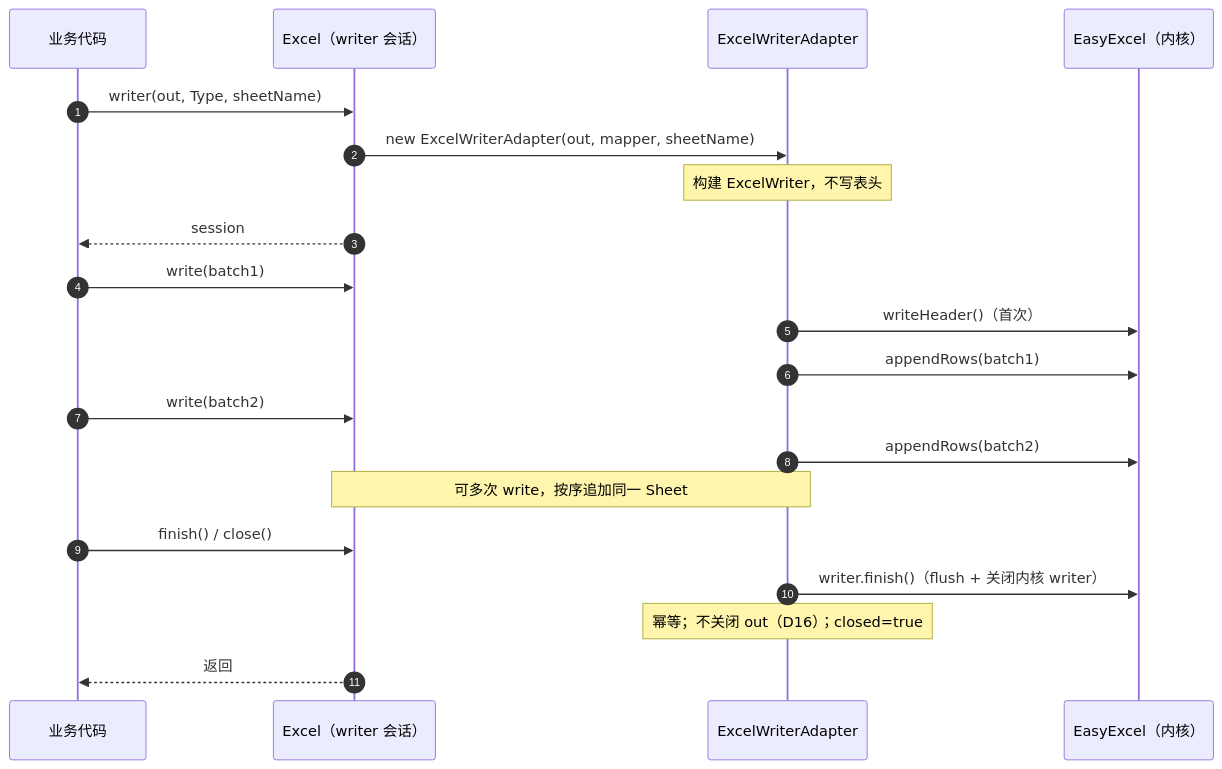
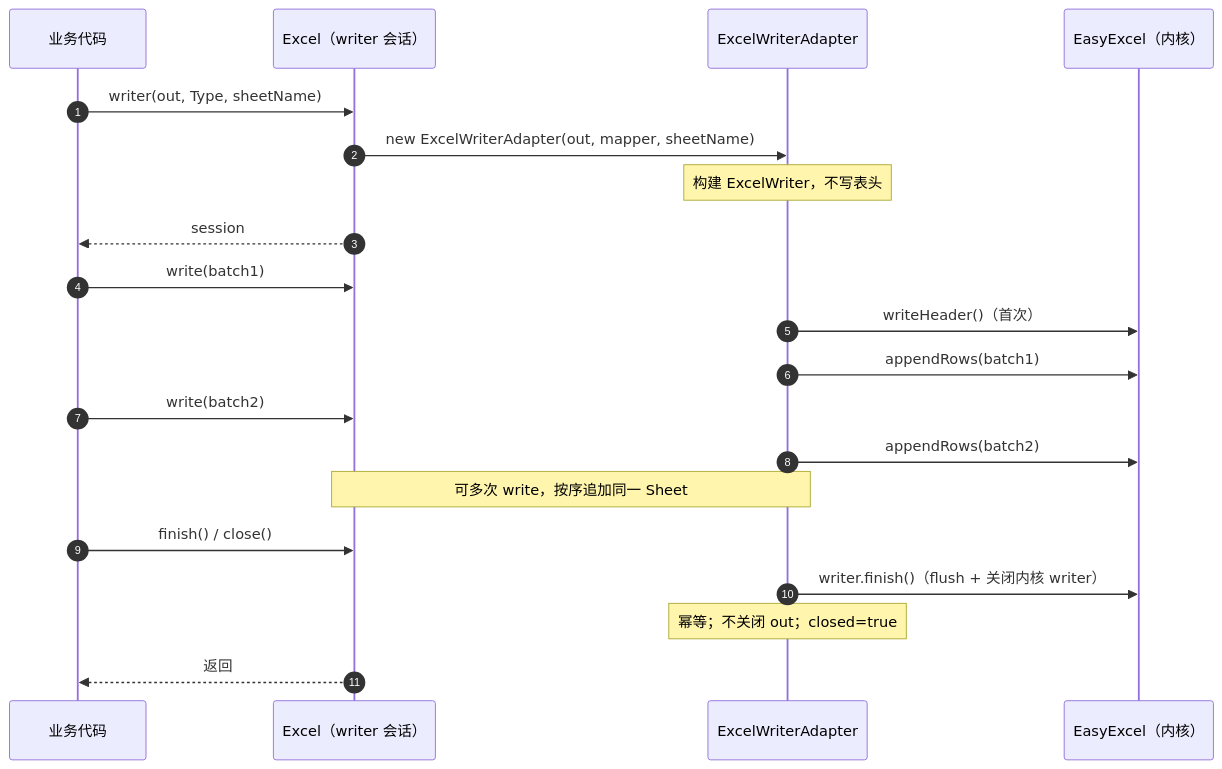
Before and after one commit to gollyhu/aifei-eco-modules: the third of 3 diagrams in aifei-excel/docs/design.md, drawn with Mermaid. The commit also changed other lines of this file and 99 other files, not shown here.

````diff
--- a/aifei-excel/docs/design.md
+++ b/aifei-excel/docs/design.md
@@ -654,23 +531,23 @@
 ```mermaid
 sequenceDiagram
     autonumber
     participant Biz as 业务代码
     participant E as Excel（writer 会话）
     participant A as ExcelWriterAdapter
     participant EE as EasyExcel（内核）
 
     Biz->>E: writer(out, Type, sheetName)
     E->>A: new ExcelWriterAdapter(out, mapper, sheetName)
     Note over A: 构建 ExcelWriter，不写表头
     E-->>Biz: session
     Biz->>E: write(batch1)
     A->>EE: writeHeader()（首次）
     A->>EE: appendRows(batch1)
     Biz->>E: write(batch2)
     A->>EE: appendRows(batch2)
     Note over E,A: 可多次 write，按序追加同一 Sheet
     Biz->>E: finish() / close()
     A->>EE: writer.finish()（flush + 关闭内核 writer）
-    Note over A: 幂等；不关闭 out（D16）；closed=true
+    Note over A: 幂等；不关闭 out；closed=true
     E-->>Biz: 返回
 ```
````
